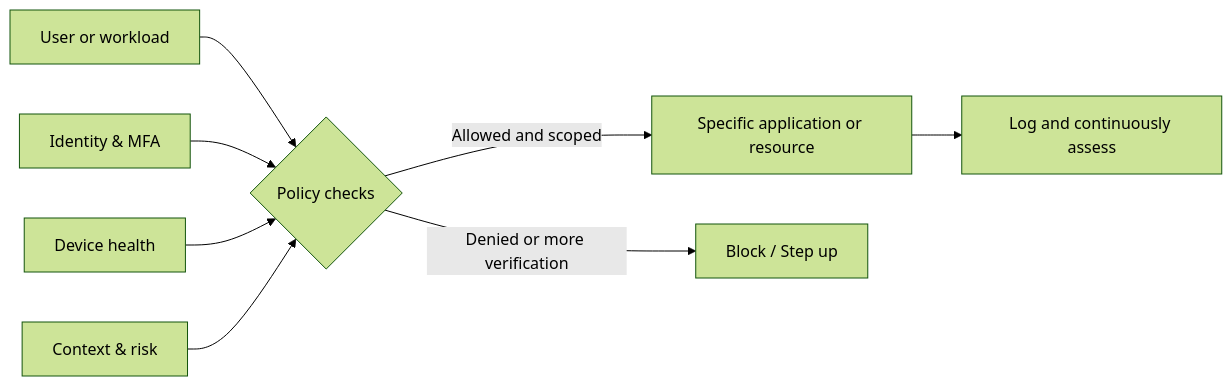
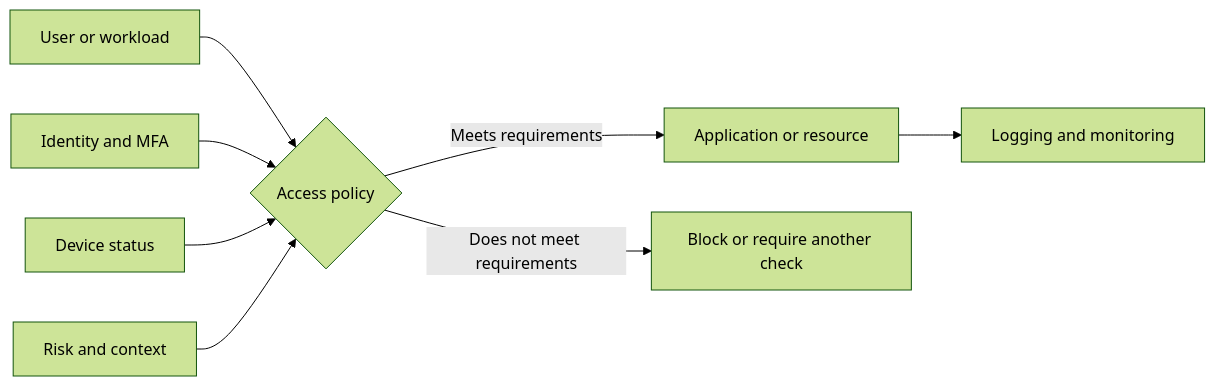
One commit to DeanR24/ZeroTrustBasicsAndAzure changed the first of 2 diagrams in README.md. Above: the diagram before and after it, drawn with Mermaid (forest theme). The commit also changed other lines of this file, not shown here.

````diff
--- a/README.md
+++ b/README.md
@@ -28,10 +32,10 @@
 ```mermaid
 flowchart LR
-    A[User or workload] --> B{Policy checks}
-    C[Identity & MFA] --> B
-    D[Device health] --> B
-    E[Context & risk] --> B
-    B -->|Allowed and scoped| F[Specific application or resource]
-    B -->|Denied or more verification| G[Block / Step up]
-    F --> H[Log and continuously assess]
+    A[User or workload] --> B{Access policy}
+    C[Identity and MFA] --> B
+    D[Device status] --> B
+    E[Risk and context] --> B
+    B -->|Meets requirements| F[Application or resource]
+    B -->|Does not meet requirements| G[Block or require another check]
+    F --> H[Logging and monitoring]
 ```
````
